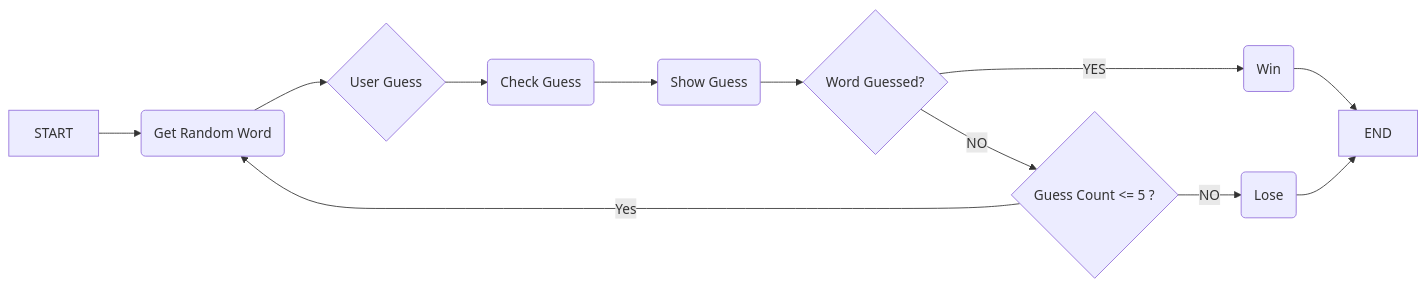
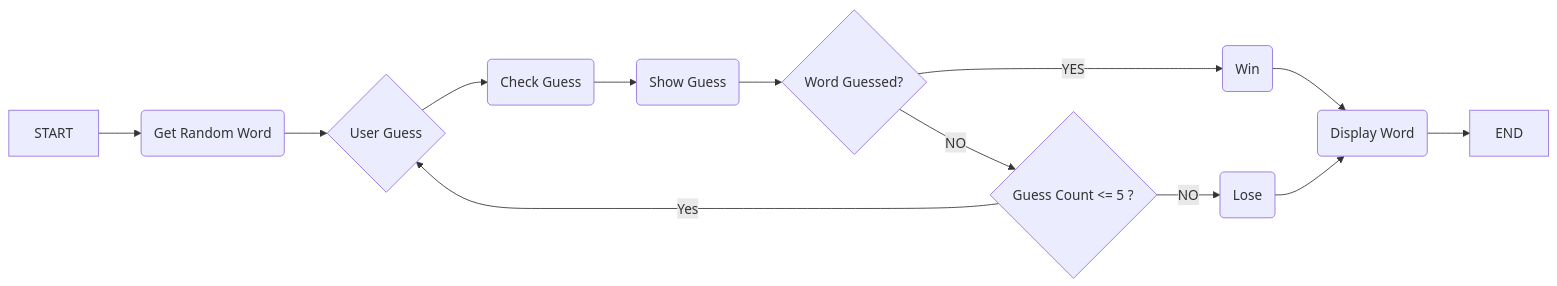
Before and after one commit to huntmckay/playground: the diagram in real_python/wordle_clone/flowchart_wyrdle.md, drawn with Mermaid.

Commit message:
fixed guess loop and display end

````diff
--- a/real_python/wordle_clone/flowchart_wyrdle.md
+++ b/real_python/wordle_clone/flowchart_wyrdle.md
@@ -3,15 +3,16 @@
 ```mermaid
 ---
 Title: wydle.py
 ---
 flowchart LR
     A[START] --> B(Get Random Word)
     B --> C{User Guess}
     C --> D(Check Guess)
     D --> F(Show Guess)
     F --> G{Word Guessed?}
-    G --> |YES| H(Win) --> Z[END]
+    G --> |YES| H(Win) --> Y(Display Word)
     G --> |NO| I{Guess Count <= 5 ?} 
-    I --> |Yes| B
-    I --> |NO| J(Lose) --> Z[END]
+    I --> |Yes| C
+    I --> |NO| J(Lose) --> Y(Display Word)
+    Y --> Z[END]
 ```
````
